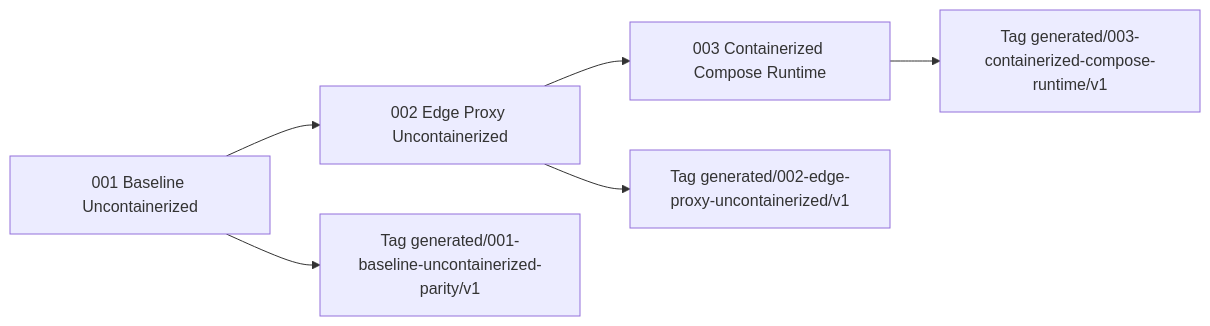
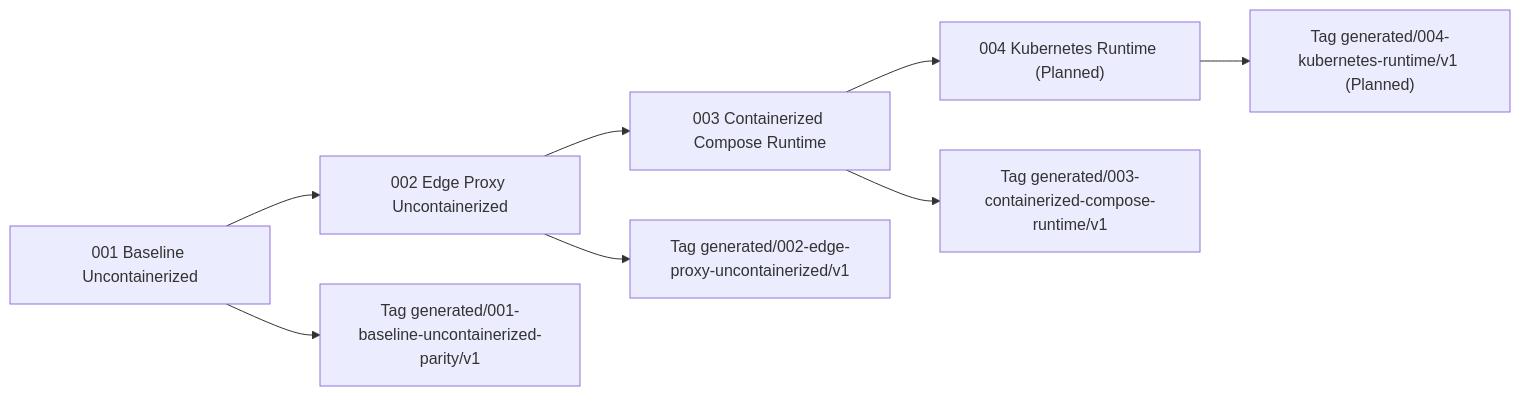
The second of 2 diagrams in docs/spec-kit/state-transition-generation-plan.md (finos/traderX), drawn with Mermaid before and after one commit. The commit also changed other lines of this file and 44 other files, not shown here.

````diff
--- a/docs/spec-kit/state-transition-generation-plan.md
+++ b/docs/spec-kit/state-transition-generation-plan.md
@@ -79,9 +79,11 @@
 ```mermaid
 flowchart LR
   A["001 Baseline Uncontainerized"] --> B["002 Edge Proxy Uncontainerized"]
   B --> C["003 Containerized Compose Runtime"]
+  C --> D["004 Kubernetes Runtime (Planned)"]
 
   A --> TA["Tag generated/001-baseline-uncontainerized-parity/v1"]
   B --> TB["Tag generated/002-edge-proxy-uncontainerized/v1"]
   C --> TC["Tag generated/003-containerized-compose-runtime/v1"]
+  D --> TD["Tag generated/004-kubernetes-runtime/v1 (Planned)"]
 ```
````
